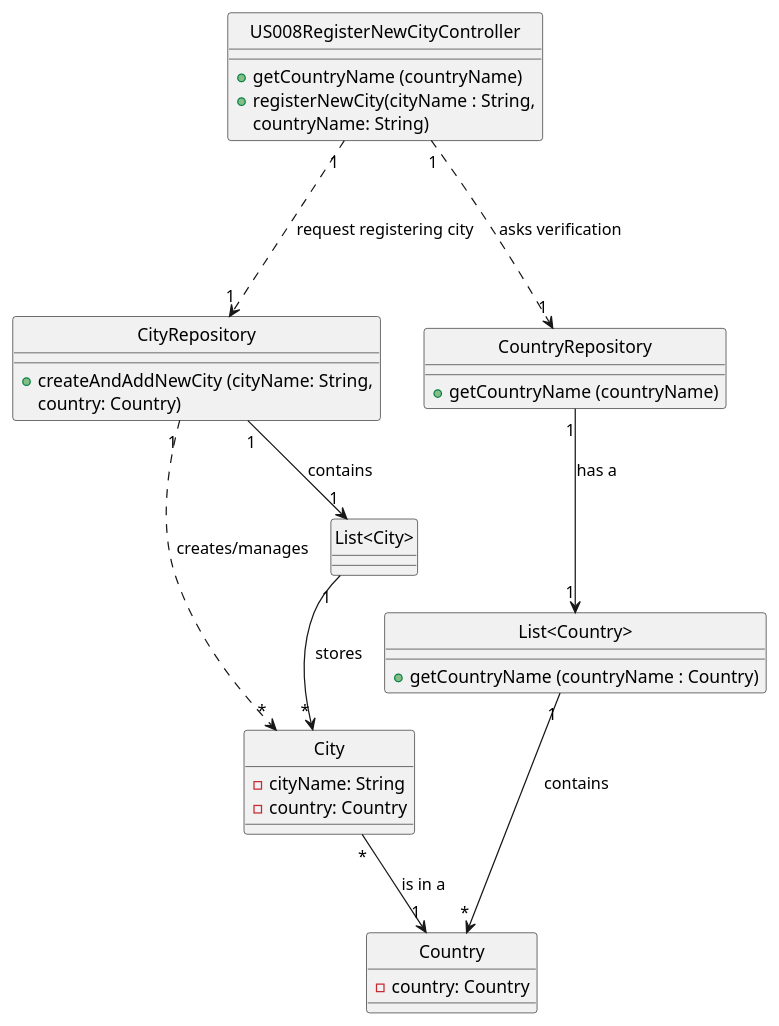
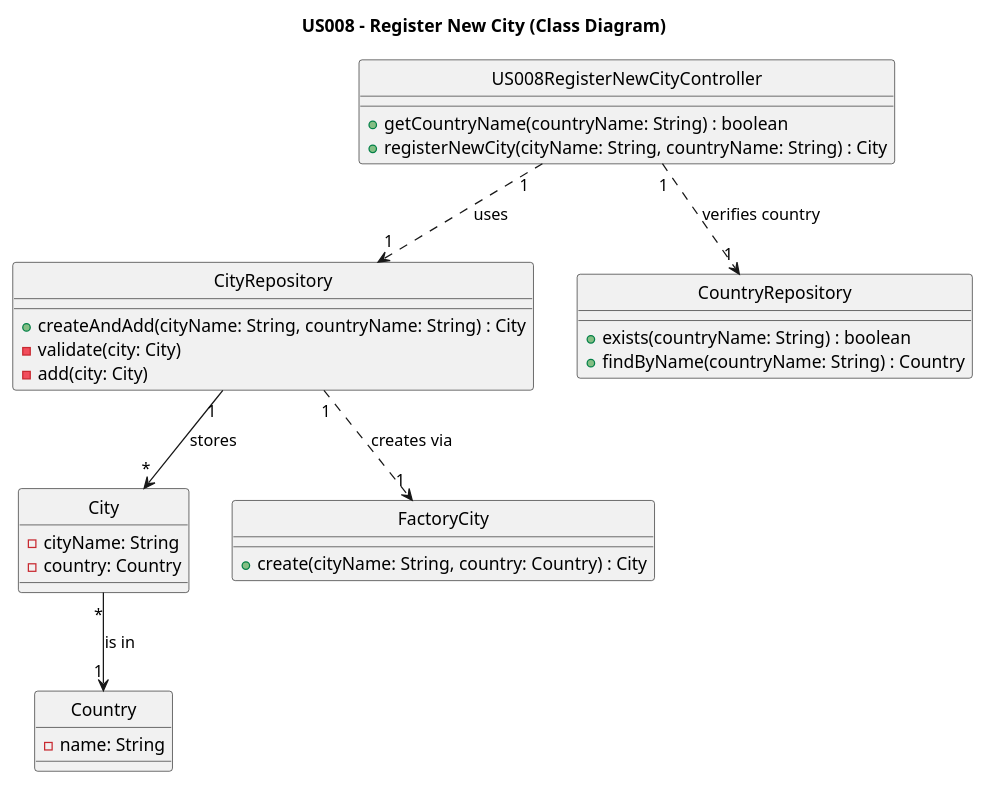
One commit to AndrePereiraGitH/SWitCH-Project-Team_A changed the diagram in Diagrams/ClassDiagrams/US008-to-register-new-city-in-the-system.puml. Above: the diagram before and after it, drawn with PlantUML. The commit also changed other lines of this file and 3 other files, not shown here.

```diff
--- a/Diagrams/ClassDiagrams/US008-to-register-new-city-in-the-system.puml
+++ b/Diagrams/ClassDiagrams/US008-to-register-new-city-in-the-system.puml
@@ -1,49 +2,41 @@
 @startuml
 hide circle
-/' class User {
-  -username: String
-  -contact: Contact
-  -profile: Profile
-  +User(username: String, contact: Contact, profile: Profile)
-}
-'/
+title US008 - Register New City (Class Diagram)
 
 class City {
--cityName: String
--country: Country
-}
-
-class "List<Country>" {
-    +getCountryName (countryName : Country)
+  -cityName: String
+  -country: Country
 }
 
 class Country {
--country: Country
+  -name: String
+}
+
+class FactoryCity {
+  +create(cityName: String, country: Country) : City
 }
 
 class CityRepository {
-    +createAndAddNewCity (cityName: String,
-    country: Country)
-    }
-
-class US008RegisterNewCityController{
-    +getCountryName (countryName)
-  + registerNewCity(cityName : String,
-  countryName: String)
-}
-class CountryRepository{
-    +getCountryName (countryName)
-}
-class "List<City>"{
+  +createAndAdd(cityName: String, countryName: String) : City
+  -validate(city: City)
+  -add(city: City)
 }
 
-' Interactions
-US008RegisterNewCityController "1" .--> "1" CityRepository : request registering city
-US008RegisterNewCityController "1" .--> "1" CountryRepository : asks verification
-CityRepository "1" --> "1" "List<City>" : contains
-"List<City>" "1" --> "*" City : stores
-CityRepository "1" .--> "*" City : creates/manages
-"List<Country>" "1" --> "*" Country : contains
-CountryRepository "1" --> "1" "List<Country>" : has a
-City "*" --> "1" Country : is in a
+class CountryRepository {
+  +exists(countryName: String) : boolean
+  +findByName(countryName: String) : Country
+}
+
+class US008RegisterNewCityController {
+  +getCountryName(countryName: String) : boolean
+  +registerNewCity(cityName: String, countryName: String) : City
+}
+
+' Interactions / Dependencies
+US008RegisterNewCityController "1" ..> "1" CityRepository : uses
+US008RegisterNewCityController "1" ..> "1" CountryRepository : verifies country
+CityRepository "1" ..> "1" FactoryCity : creates via
+CityRepository "1" --> "*" City : stores
+City "*" --> "1" Country : is in
+
 @enduml
```
